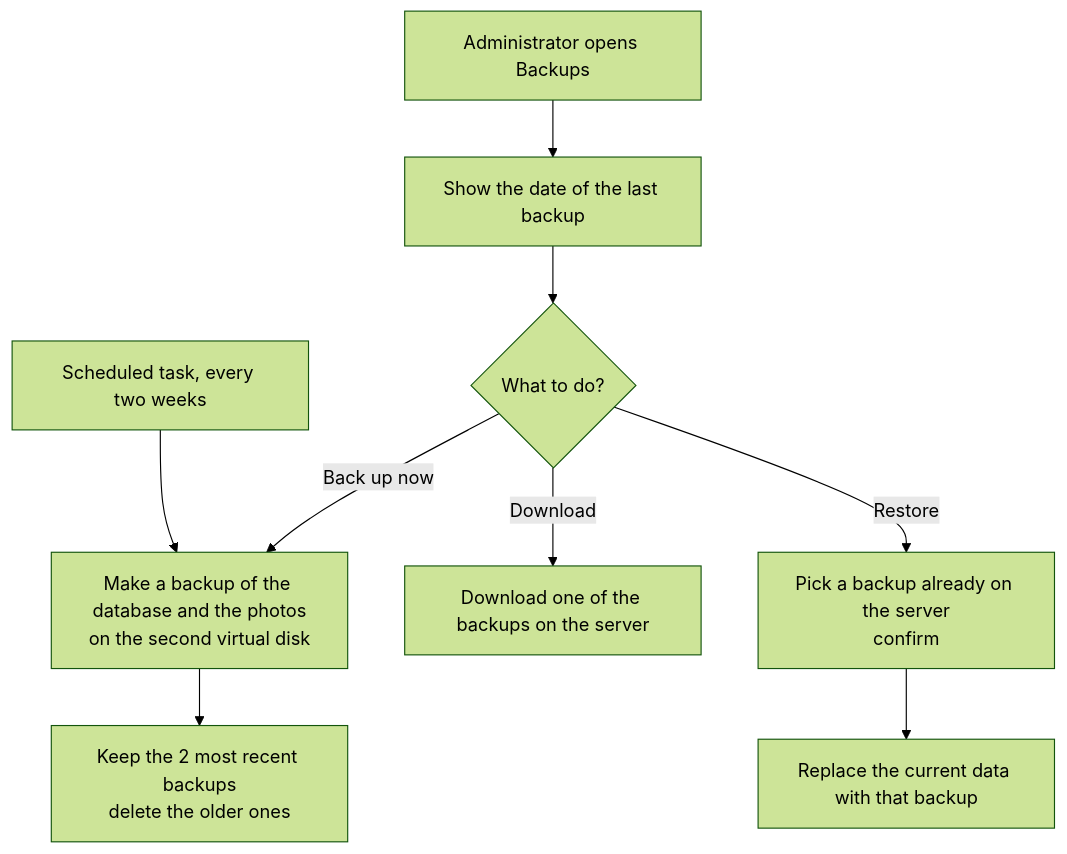
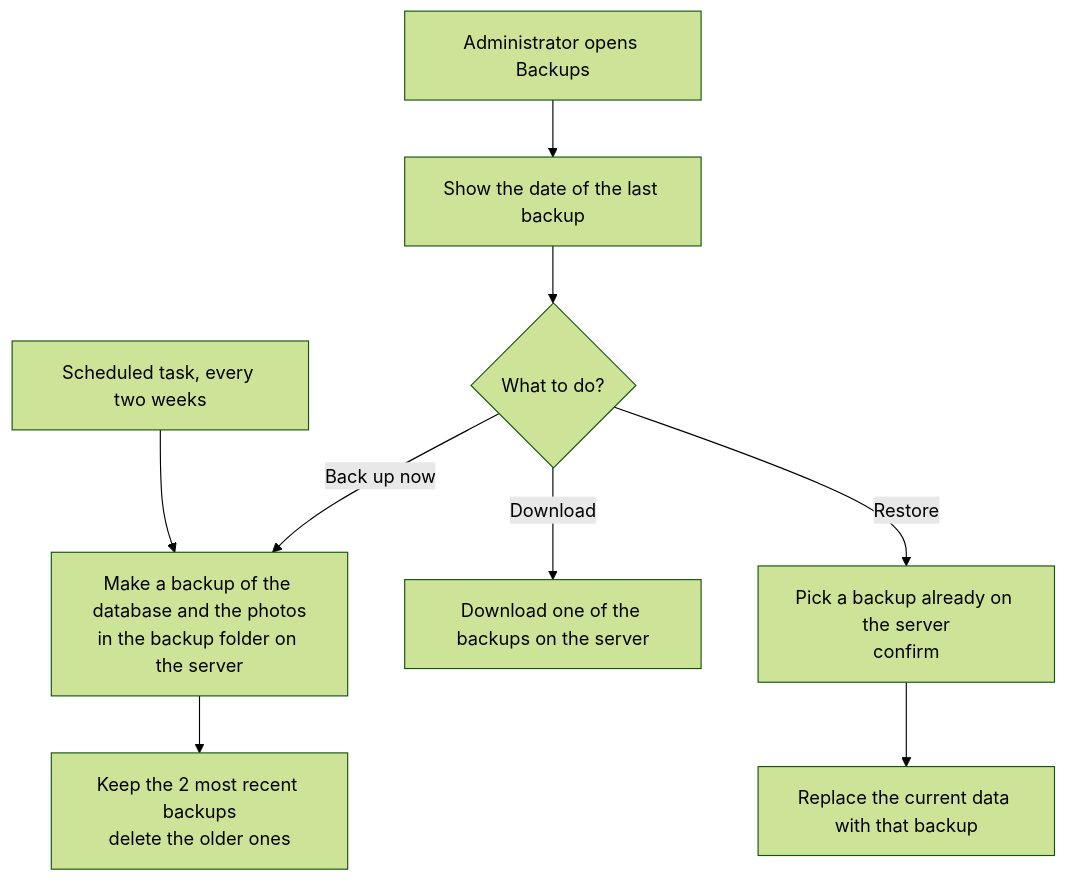
Diagram 17 of 17 in docs/design/admin-flows.md (Th3-Minorities/natatorio-gym-app), drawn with Mermaid (forest theme) before and after one commit. The commit also changed other lines of this file and 7 other files, not shown here.

````diff
--- a/docs/design/admin-flows.md
+++ b/docs/design/admin-flows.md
@@ -530,11 +530,11 @@
 ```mermaid
 flowchart TD
   S0["Scheduled task, every two weeks"] --> B3
   B0["Administrator opens Backups"] --> B1["Show the date of the last backup"]
   B1 --> B2{"What to do?"}
-  B2 -->|"Back up now"| B3["Make a backup of the database and the photos<br/>on the second virtual disk"]
+  B2 -->|"Back up now"| B3["Make a backup of the database and the photos<br/>in the backup folder on the server"]
   B2 -->|"Download"| B4["Download one of the backups on the server"]
   B2 -->|"Restore"| B5["Pick a backup already on the server<br/>confirm"]
   B5 --> B6["Replace the current data with that backup"]
   B3 --> B7["Keep the 2 most recent backups<br/>delete the older ones"]
 ```
````
